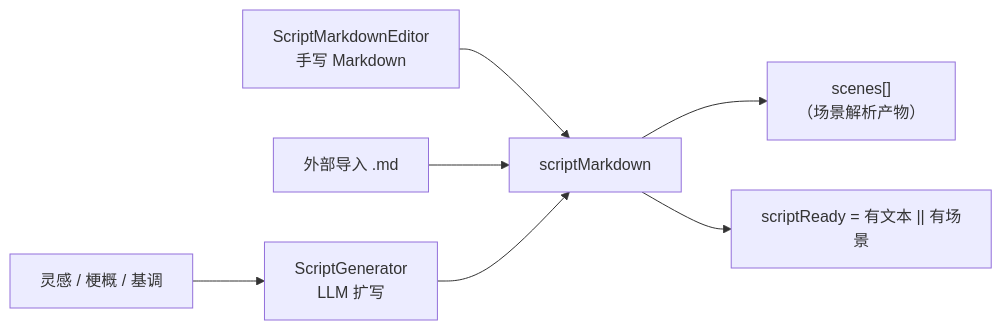
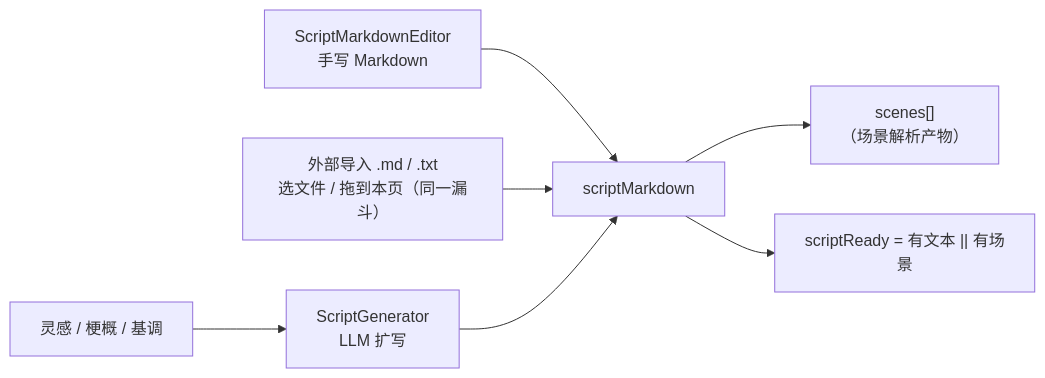
Before and after one commit to wuxianyuedu/comfy-app: the second of 9 diagrams in docs/guides/feature-workshop-flow.md, drawn with Mermaid. The commit also changed 7 other files, not shown here.

````diff
--- a/docs/guides/feature-workshop-flow.md
+++ b/docs/guides/feature-workshop-flow.md
@@ -92,9 +92,9 @@
 ```mermaid
 flowchart LR
   IDEA["灵感 / 梗概 / 基调"] --> GEN["ScriptGenerator<br/>LLM 扩写"]
   LM["ScriptMarkdownEditor<br/>手写 Markdown"] --> SCRIPT["scriptMarkdown"]
-  IMP["外部导入 .md"] --> SCRIPT
+  IMP["外部导入 .md / .txt<br/>选文件 / 拖到本页（同一漏斗）"] --> SCRIPT
   GEN --> SCRIPT
   SCRIPT --> SCENES["scenes[]<br/>（场景解析产物）"]
   SCRIPT --> READY["scriptReady = 有文本 || 有场景"]
 ```
````
